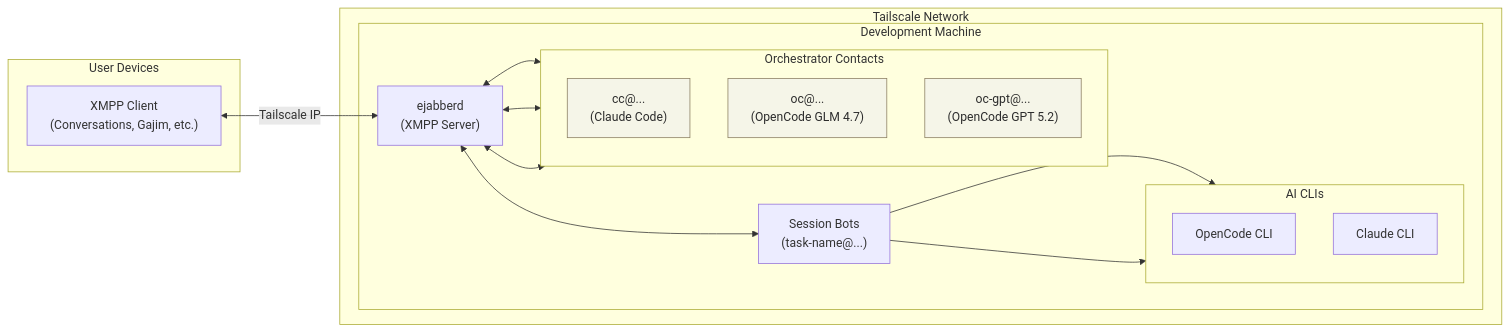
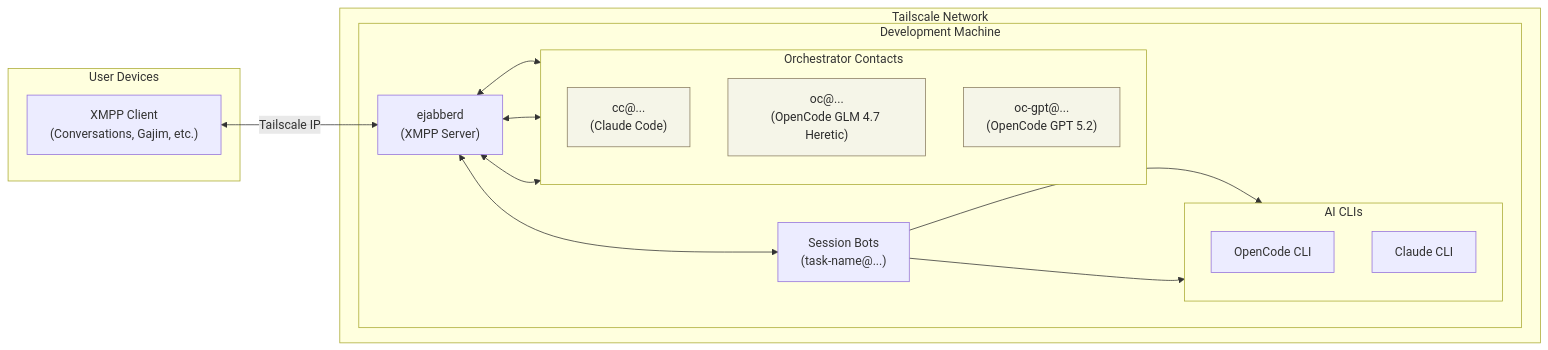
The first of 2 diagrams in README.md (0xrin1/switch), drawn with Mermaid before and after one commit. The commit also changed other lines of this file and 19 other files, not shown here.

````diff
--- a/README.md
+++ b/README.md
@@ -33,38 +33,38 @@
 ```mermaid
 flowchart LR
     subgraph User["User Devices"]
         Client["XMPP Client<br/>(Conversations, Gajim, etc.)"]
     end
 
     subgraph Tailnet["Tailscale Network"]
         subgraph DevBox["Development Machine"]
             XMPP["ejabberd<br/>(XMPP Server)"]
 
             subgraph Orchestrators["Orchestrator Contacts"]
                 direction TB
                 CC["cc@...<br/>(Claude Code)"]
-                OC["oc@...<br/>(OpenCode GLM 4.7)"]
+                OC["oc@...<br/>(OpenCode GLM 4.7 Heretic)"]
                 OCGPT["oc-gpt@...<br/>(OpenCode GPT 5.2)"]
             end
 
             Sessions["Session Bots<br/>(task-name@...)"]
 
             subgraph Engines["AI CLIs"]
                 direction TB
                 OpenCode["OpenCode CLI"]
                 Claude["Claude CLI"]
             end
         end
     end
 
     Client <-->|"Tailscale IP"| XMPP
     XMPP <--> CC
     XMPP <--> OC
     XMPP <--> OCGPT
     XMPP <--> Sessions
     Sessions --> OpenCode
     Sessions --> Claude
 
     classDef orchestrator fill:#f5f5e8,stroke:#8a7d60,color:#2c2c2c;
     class CC,OC,OCGPT orchestrator;
 ```
````
